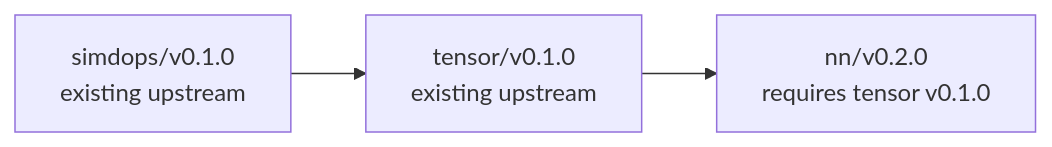
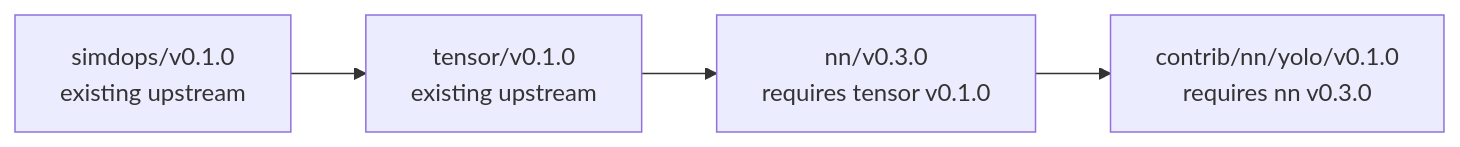
One commit to bpradana/goml changed the first of 2 diagrams in docs/releasing.md. Above: the diagram before and after it, drawn with Mermaid. The commit also changed other lines of this file and 8 other files, not shown here.

````diff
--- a/docs/releasing.md
+++ b/docs/releasing.md
@@ -15,5 +15,6 @@
 ```mermaid
 flowchart LR
     SIMD["simdops/v0.1.0<br/>existing upstream"] --> Tensor["tensor/v0.1.0<br/>existing upstream"]
-    Tensor --> NN["nn/v0.2.0<br/>requires tensor v0.1.0"]
+    Tensor --> NN["nn/v0.3.0<br/>requires tensor v0.1.0"]
+    NN --> YOLO["contrib/nn/yolo/v0.1.0<br/>requires nn v0.3.0"]
 ```
````
